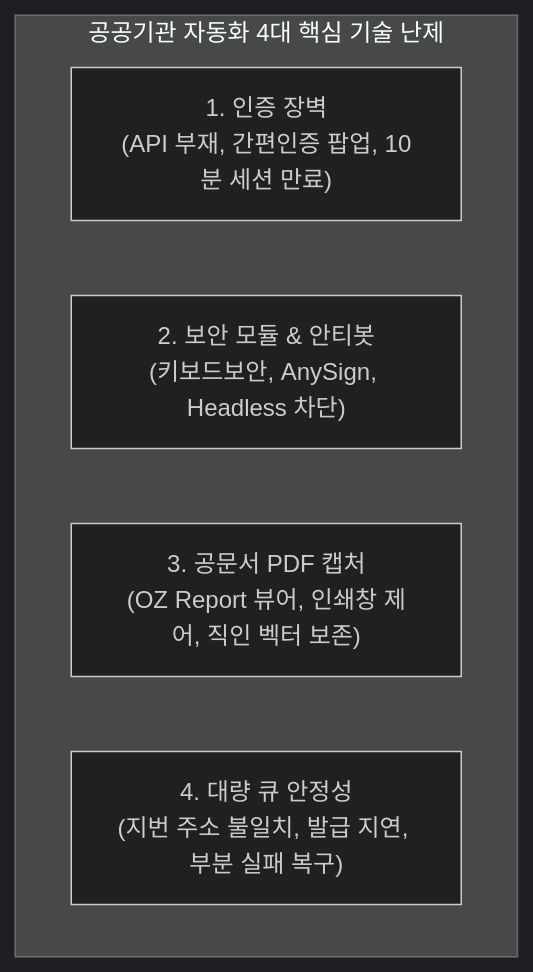
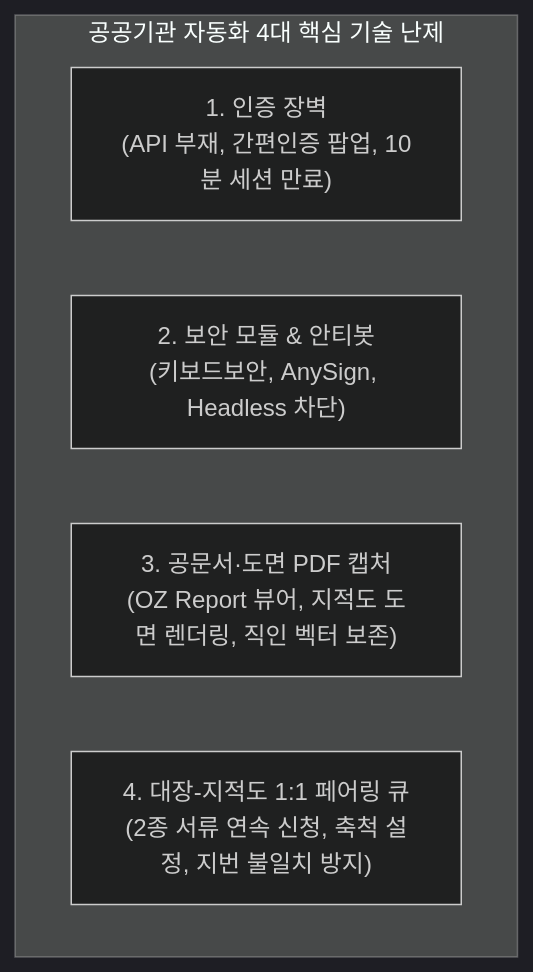
The first of 5 diagrams in docs/members/R04/workspace/2026-11-16_R04_공공서류_수집자동화_기술검토_및_해결안.md (ik-e/chaja-you), drawn with Mermaid (dark theme) before and after one commit. The commit also changed other lines of this file and 4 other files, not shown here.

Commit message:
docs(R04): 토지대장 및 지적도 1:1 페어링 발급 기술검토 및 기획안 개정 완료

````diff
--- a/docs/members/R04/workspace/2026-11-16_R04_공공서류_수집자동화_기술검토_및_해결안.md
+++ b/docs/members/R04/workspace/2026-11-16_R04_공공서류_수집자동화_기술검토_및_해결안.md
@@ -16,9 +16,9 @@
 ```mermaid
 flowchart TD
     subgraph Bottlenecks ["공공기관 자동화 4대 핵심 기술 난제"]
         B1["1. 인증 장벽<br/>(API 부재, 간편인증 팝업, 10분 세션 만료)"]
         B2["2. 보안 모듈 & 안티봇<br/>(키보드보안, AnySign, Headless 차단)"]
-        B3["3. 공문서 PDF 캡처<br/>(OZ Report 뷰어, 인쇄창 제어, 직인 벡터 보존)"]
-        B4["4. 대량 큐 안정성<br/>(지번 주소 불일치, 발급 지연, 부분 실패 복구)"]
+        B3["3. 공문서·도면 PDF 캡처<br/>(OZ Report 뷰어, 지적도 도면 렌더링, 직인 벡터 보존)"]
+        B4["4. 대장-지적도 1:1 페어링 큐<br/>(2종 서류 연속 신청, 축척 설정, 지번 불일치 방지)"]
     end
 ```
````
